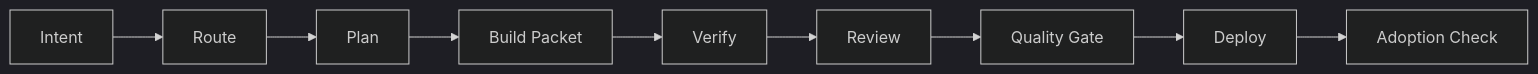
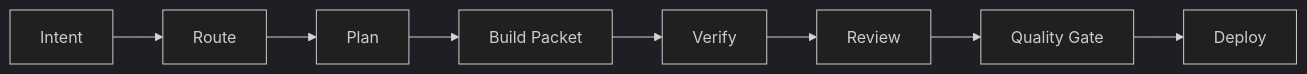
One commit to nguyenphat57/forge changed the second of 2 diagrams in README.md. Above: the diagram before and after it, drawn with Mermaid (dark theme). The commit also changed other lines of this file and 119 other files, not shown here.

````diff
--- a/README.md
+++ b/README.md
@@ -76,11 +76,11 @@
 ```mermaid
 graph LR
     A["Intent"] --> B["Route"]
     B --> C["Plan"]
     C --> D["Build Packet"]
     D --> E["Verify"]
     E --> F["Review"]
     F --> G["Quality Gate"]
     G --> H["Deploy"]
-    H --> I["Adoption Check"]
+
 ```
````
